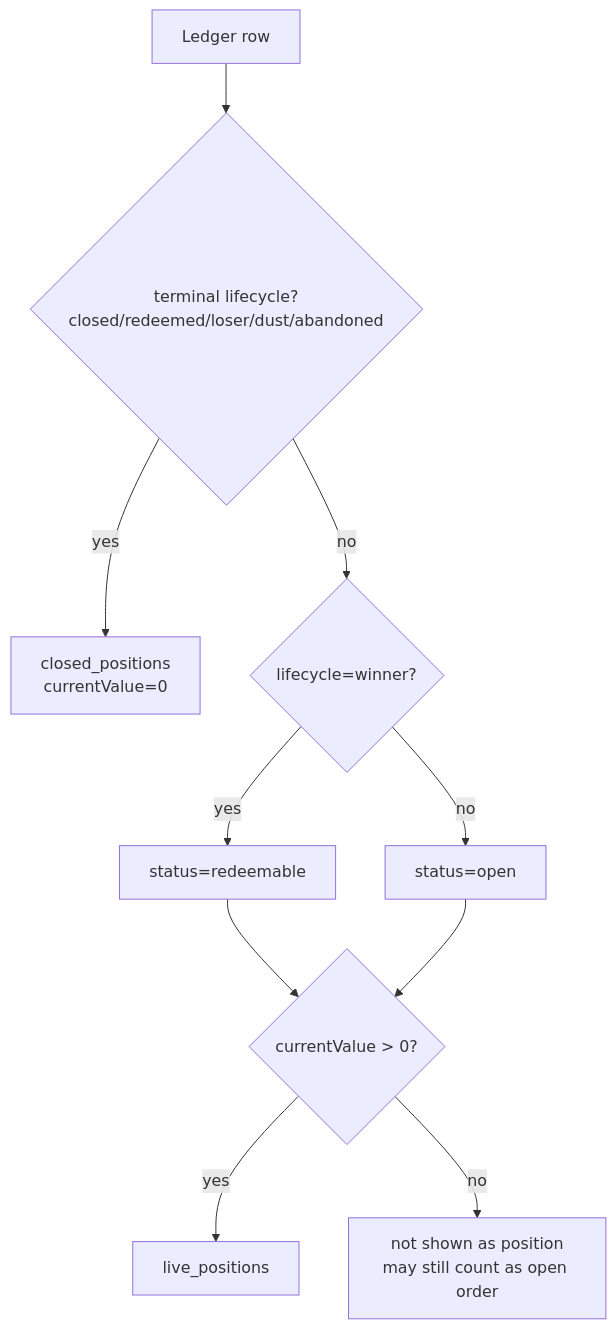
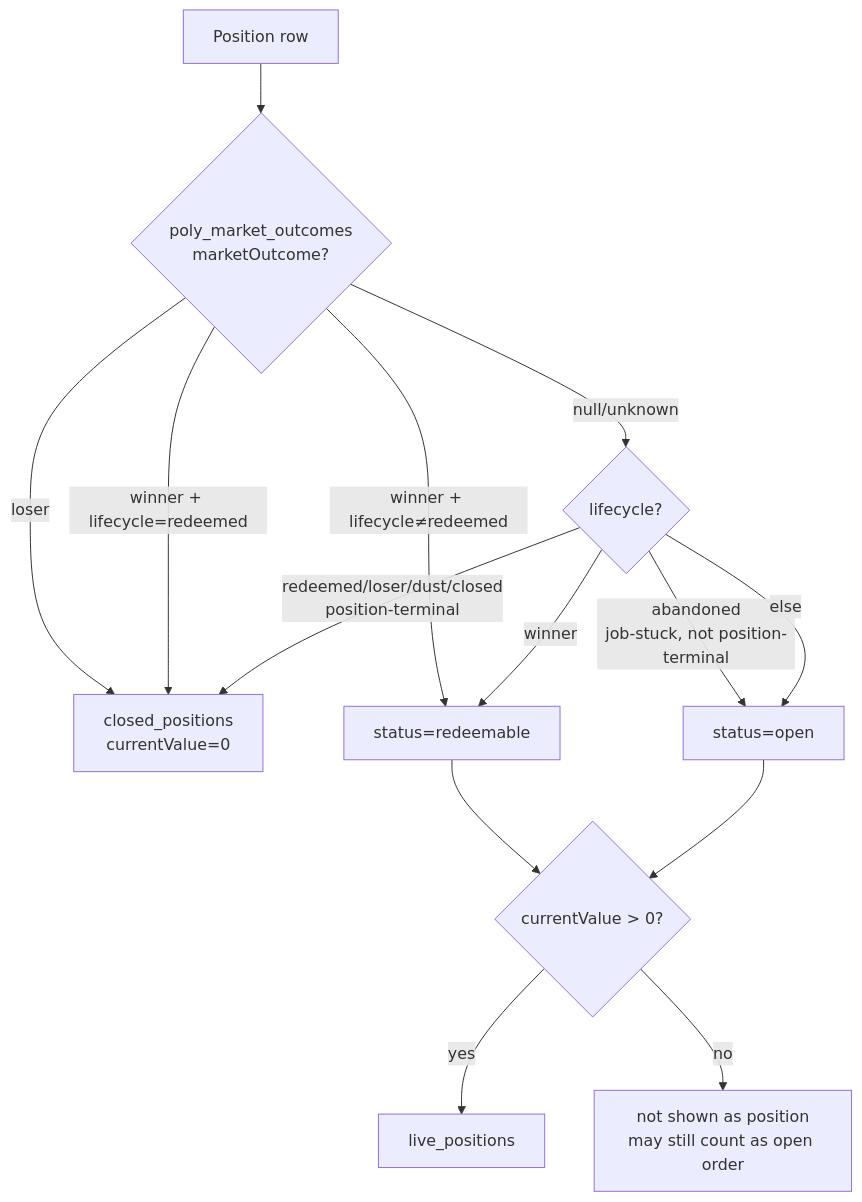
The fifth of 6 diagrams in docs/spec/poly-order-position-lifecycle.md (Cogni-DAO/cogni), drawn with Mermaid before and after one commit. The commit also changed other lines of this file and 8 other files, not shown here.

Commit message:
fix(poly): position state derives from chain, not job pipeline (bug.5040 follow-up) (#1310)

````diff
--- a/docs/spec/poly-order-position-lifecycle.md
+++ b/docs/spec/poly-order-position-lifecycle.md
@@ -170,12 +179,16 @@
 ```mermaid
 flowchart TD
-  A[Ledger row] --> B{terminal lifecycle?<br/>closed/redeemed/loser/dust/abandoned}
-  B -->|yes| C[closed_positions<br/>currentValue=0]
-  B -->|no| E{lifecycle=winner?}
-  E -->|yes| F[status=redeemable]
-  E -->|no| G[status=open]
+  A[Position row] --> CO{poly_market_outcomes<br/>marketOutcome?}
+  CO -->|loser| C[closed_positions<br/>currentValue=0]
+  CO -->|winner + lifecycle=redeemed| C
+  CO -->|winner + lifecycle≠redeemed| F[status=redeemable]
+  CO -->|null/unknown| LS{lifecycle?}
+  LS -->|winner| F
+  LS -->|redeemed/loser/dust/closed<br/>position-terminal| C
+  LS -->|abandoned<br/>job-stuck, not position-terminal| G
+  LS -->|else| G[status=open]
   F --> V{currentValue > 0?}
   G --> V
   V -->|yes| H[live_positions]
   V -->|no| I[not shown as position<br/>may still count as open order]
 ```
````
